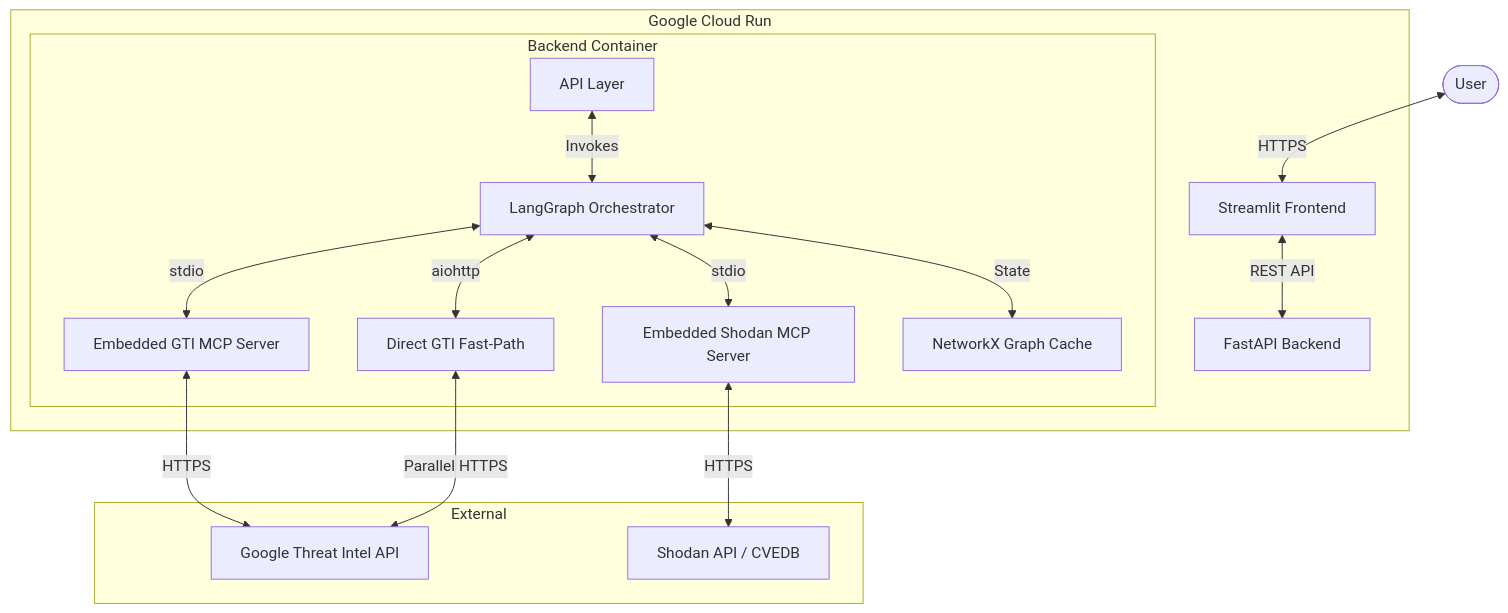
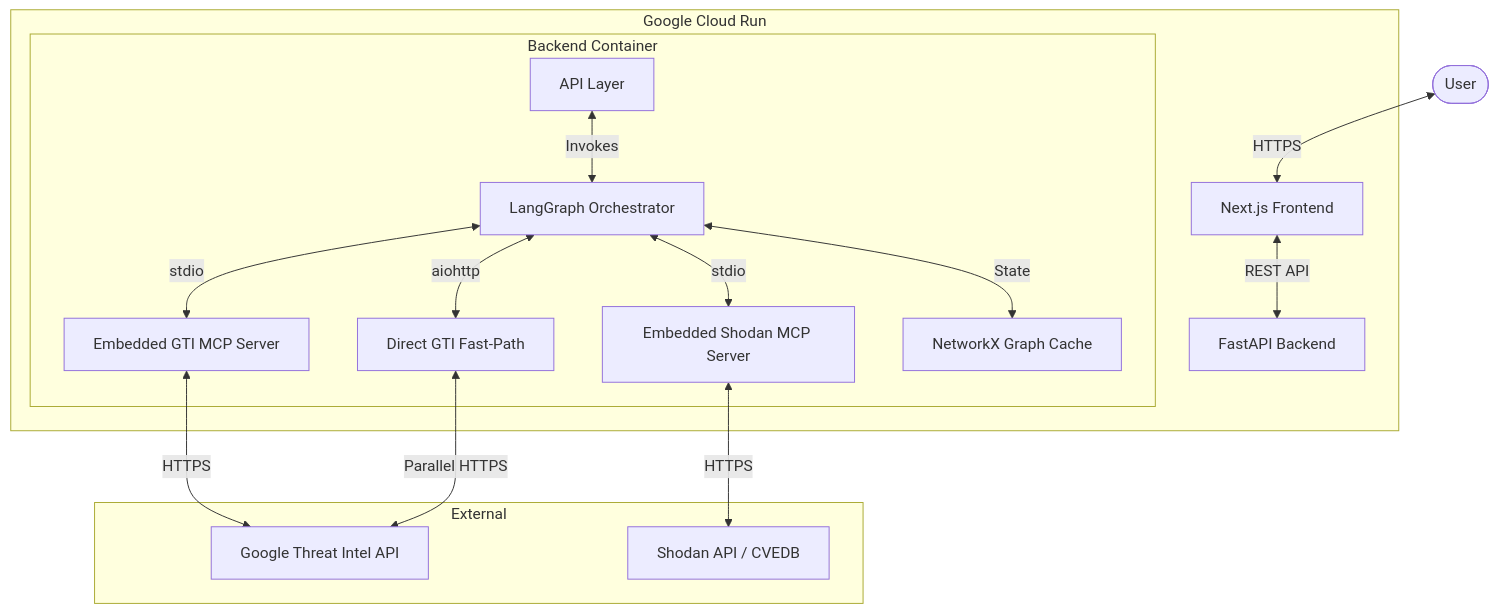
One commit to repulsivityy/project_harimau changed the diagram in docs/architecture.md. Above: the diagram before and after it, drawn with Mermaid. The commit also changed other lines of this file and 3 other files, not shown here.

````diff
--- a/docs/architecture.md
+++ b/docs/architecture.md
@@ -7,22 +7,22 @@
 ```mermaid
 graph TD
-    User([User]) <-->|HTTPS| Frontend[Streamlit Frontend]
+    User([User]) <-->|HTTPS| Frontend[Next.js Frontend]
     
     subgraph "Google Cloud Run"
         Frontend <-->|REST API| Backend[FastAPI Backend]
         
         subgraph "Backend Container"
             BackendAPI[API Layer] <-->|Invokes| LG[LangGraph Orchestrator]
             LG <-->|stdio| GTIMC[Embedded GTI MCP Server]
             LG <-->|stdio| ShodanMCP[Embedded Shodan MCP Server]
             LG <-->|aiohttp| DirectAPI[Direct GTI Fast-Path]
             LG <-->|State| Cache[NetworkX Graph Cache]
         end
     end
 
     subgraph "External"
         GTIMC <-->|HTTPS| GoogleTI[Google Threat Intel API]
         DirectAPI <-->|Parallel HTTPS| GoogleTI
         ShodanMCP <-->|HTTPS| ShodanAPI[Shodan API / CVEDB]
     end
 ```
````
